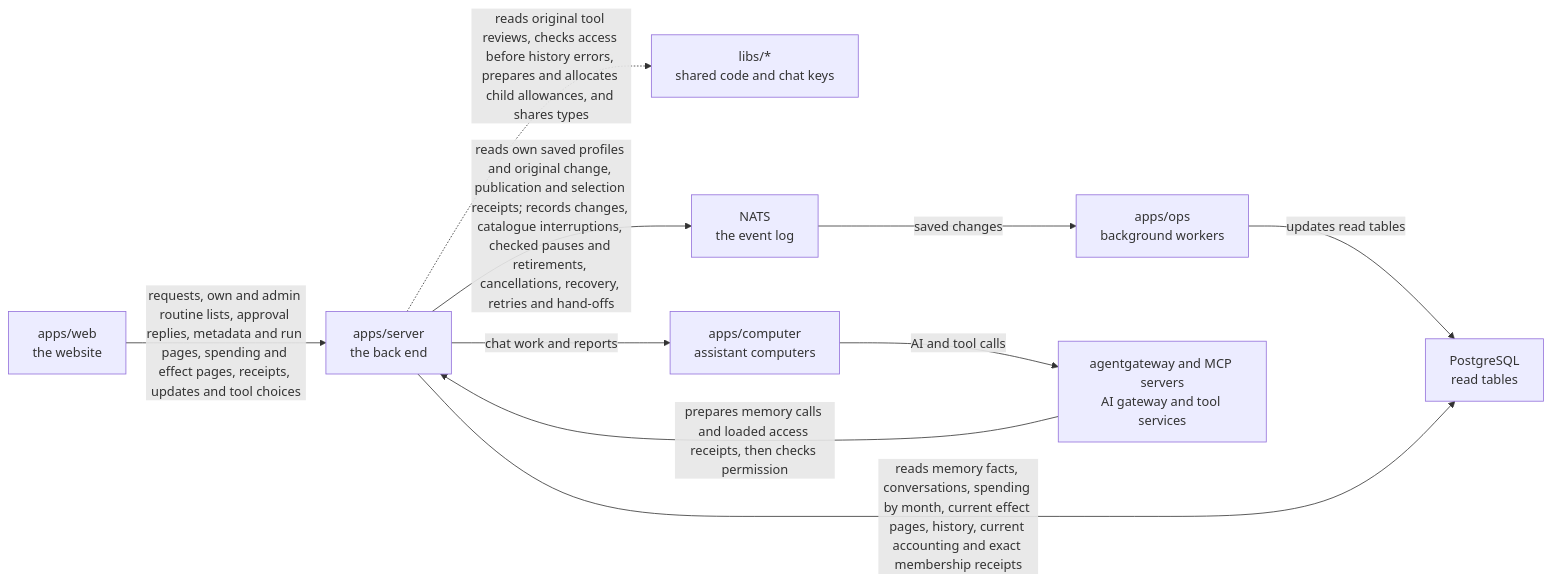
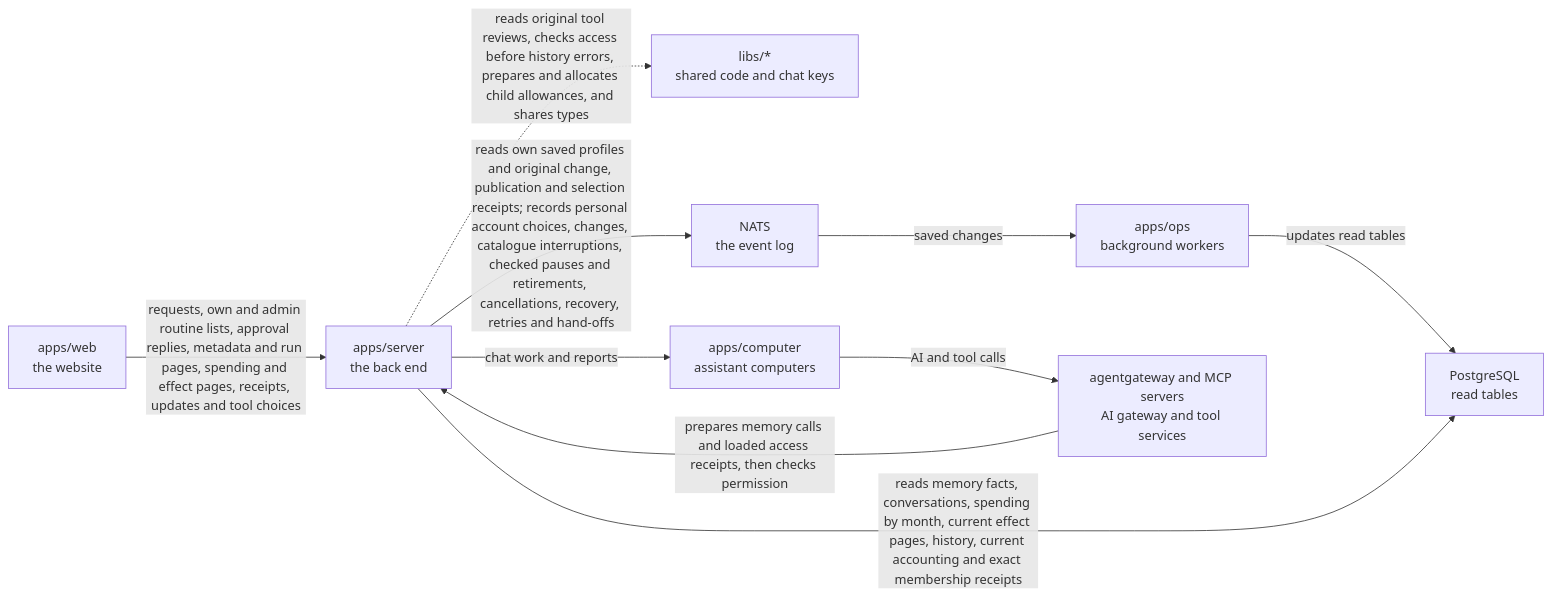
One commit to elewa-git/opencrane-new changed the diagram in apps/server/README.md. Above: the diagram before and after it, drawn with Mermaid. The commit also changed other lines of this file and 11 other files, not shown here.

Commit message:
✨ Save explicit personal account choices through HTTP

````diff
--- a/apps/server/README.md
+++ b/apps/server/README.md
@@ -62,12 +62,12 @@
 ```mermaid
 flowchart LR
   web["apps/web<br/>the website"] -->|requests, own and admin routine lists, approval replies, metadata and run pages, spending and effect pages, receipts, updates and tool choices| server["apps/server<br/>the back end"]
   server -.->|reads original tool reviews, checks access before history errors, prepares and allocates child allowances, and shares types| libs["libs/*<br/>shared code and chat keys"]
-  server -->|reads own saved profiles and original change, publication and selection receipts; records changes, catalogue interruptions, checked pauses and retirements, cancellations, recovery, retries and hand-offs| nats["NATS<br/>the event log"]
+  server -->|reads own saved profiles and original change, publication and selection receipts; records personal account choices, changes, catalogue interruptions, checked pauses and retirements, cancellations, recovery, retries and hand-offs| nats["NATS<br/>the event log"]
   nats -->|saved changes| ops["apps/ops<br/>background workers"]
   ops -->|updates read tables| postgres["PostgreSQL<br/>read tables"]
   server -->|reads memory facts, conversations, spending by month, current effect pages, history, current accounting and exact membership receipts| postgres
   server -->|chat work and reports| computer["apps/computer<br/>assistant computers"]
   computer -->|AI and tool calls| runtime["agentgateway and MCP servers<br/>AI gateway and tool services"]
   runtime -->|prepares memory calls and loaded access receipts, then checks permission| server
 ```
````
